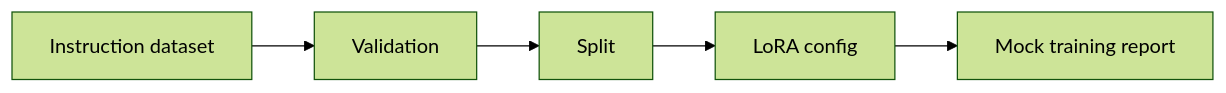
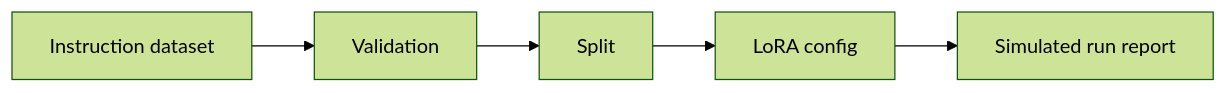
One commit to josiahsutd-stack/ai-portfolio changed the diagram in projects/fine-tuning-lora-lab/README.md. Above: the diagram before and after it, drawn with Mermaid (forest theme). The commit also changed other lines of this file and 85 other files, not shown here.

````diff
--- a/projects/fine-tuning-lora-lab/README.md
+++ b/projects/fine-tuning-lora-lab/README.md
@@ -39,7 +39,7 @@
 ```mermaid
 flowchart LR
   A["Instruction dataset"] --> B["Validation"]
   B --> C["Split"]
   C --> D["LoRA config"]
-  D --> E["Mock training report"]
+  D --> E["Simulated run report"]
 ```
````
